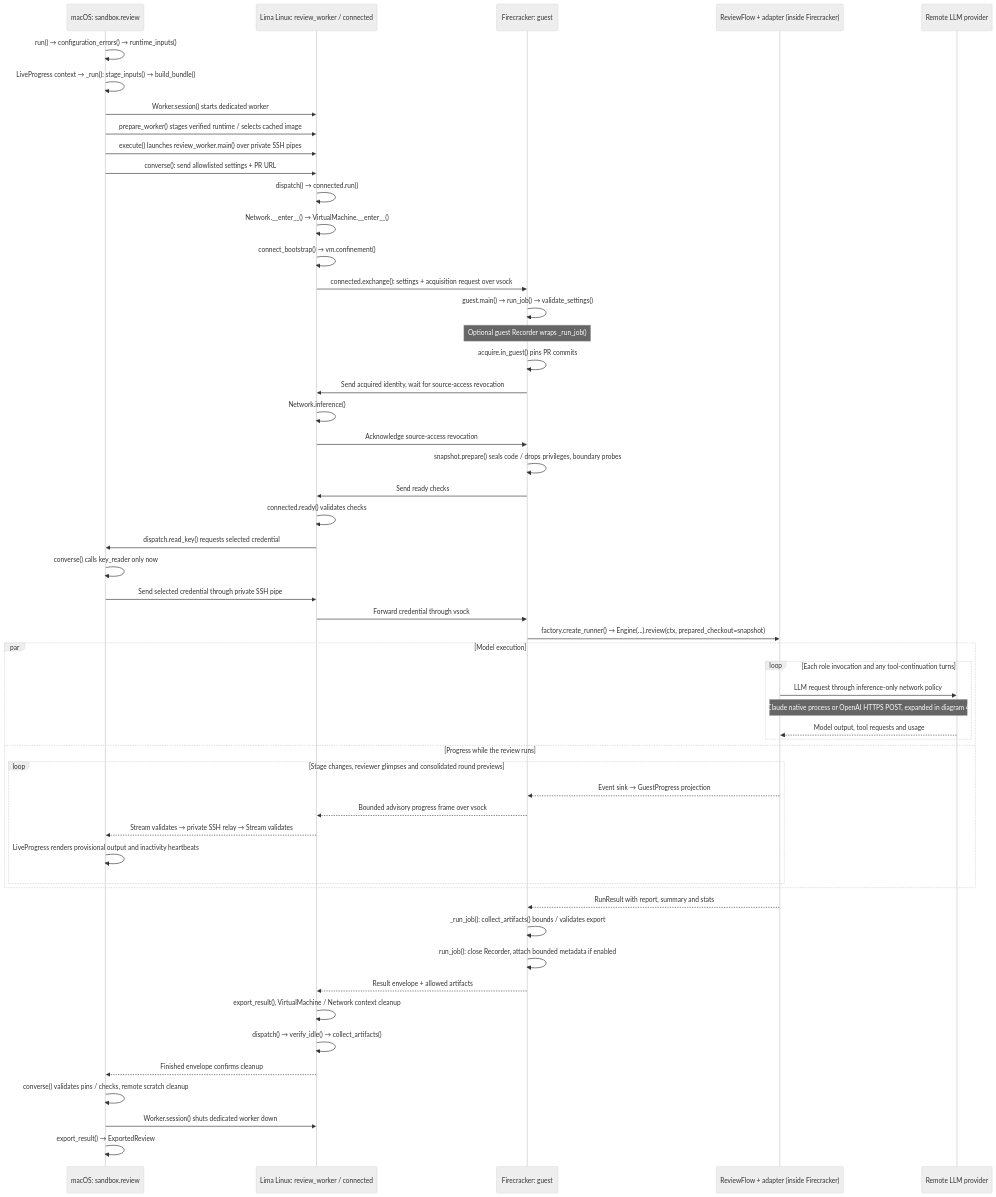
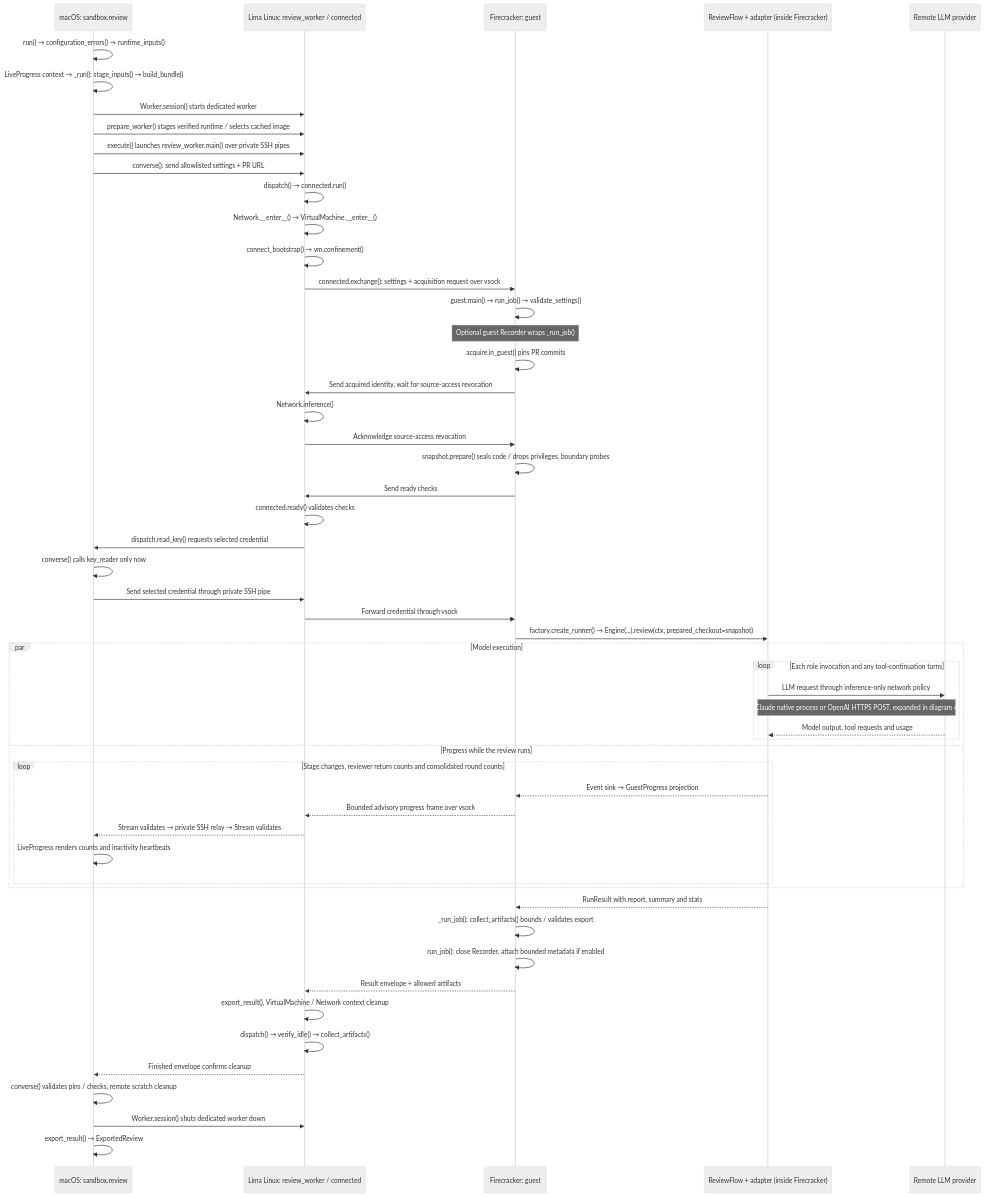
The second of 6 diagrams in docs/project-explainer.md (sskelkar/code-reviewer), drawn with Mermaid (neutral theme) before and after one commit. The commit also changed other lines of this file and 46 other files, not shown here.

````diff
--- a/docs/project-explainer.md
+++ b/docs/project-explainer.md
@@ -52,56 +52,56 @@
 ```mermaid
 sequenceDiagram
     participant CLI as macOS: sandbox.review
     participant Worker as Lima Linux: review_worker / connected
     participant VM as Firecracker: guest
     participant Core as ReviewFlow + adapter (inside Firecracker)
     participant Provider as Remote LLM provider
     CLI->>CLI: run() → configuration_errors() → runtime_inputs()
     CLI->>CLI: LiveProgress context → _run(): stage_inputs() → build_bundle()
     CLI->>Worker: Worker.session() starts dedicated worker
     CLI->>Worker: prepare_worker() stages verified runtime / selects cached image
     CLI->>Worker: execute() launches review_worker.main() over private SSH pipes
     CLI->>Worker: converse(): send allowlisted settings + PR URL
     Worker->>Worker: dispatch() → connected.run()
     Worker->>Worker: Network.__enter__() → VirtualMachine.__enter__()
     Worker->>Worker: connect_bootstrap() → vm.confinement()
     Worker->>VM: connected.exchange(): settings + acquisition request over vsock
     VM->>VM: guest.main() → run_job() → validate_settings()
     Note over VM: Optional guest Recorder wraps _run_job()
     VM->>VM: acquire.in_guest() pins PR commits
     VM->>Worker: Send acquired identity, wait for source-access revocation
     Worker->>Worker: Network.inference()
     Worker->>VM: Acknowledge source-access revocation
     VM->>VM: snapshot.prepare() seals code / drops privileges, boundary probes
     VM->>Worker: Send ready checks
     Worker->>Worker: connected.ready() validates checks
     Worker->>CLI: dispatch.read_key() requests selected credential
     CLI->>CLI: converse() calls key_reader only now
     CLI->>Worker: Send selected credential through private SSH pipe
     Worker->>VM: Forward credential through vsock
     VM->>Core: factory.create_runner() → Engine(...).review(ctx, prepared_checkout=snapshot)
     par Model execution
         loop Each role invocation and any tool-continuation turns
             Core->>Provider: LLM request through inference-only network policy
             Note over Core,Provider: Claude native process or OpenAI HTTPS POST, expanded in diagram 4
             Provider-->>Core: Model output, tool requests and usage
         end
     and Progress while the review runs
-        loop Stage changes, reviewer glimpses and consolidated round previews
+        loop Stage changes, reviewer return counts and consolidated round counts
             Core-->>VM: Event sink → GuestProgress projection
             VM-->>Worker: Bounded advisory progress frame over vsock
             Worker-->>CLI: Stream validates → private SSH relay → Stream validates
-            CLI->>CLI: LiveProgress renders provisional output and inactivity heartbeats
+            CLI->>CLI: LiveProgress renders counts and inactivity heartbeats
         end
     end
     Core-->>VM: RunResult with report, summary and stats
     VM->>VM: _run_job(): collect_artifacts() bounds / validates export
     VM->>VM: run_job(): close Recorder, attach bounded metadata if enabled
     VM-->>Worker: Result envelope + allowed artifacts
     Worker->>Worker: export_result(), VirtualMachine / Network context cleanup
     Worker->>Worker: dispatch() → verify_idle() → collect_artifacts()
     Worker-->>CLI: Finished envelope confirms cleanup
     CLI->>CLI: converse() validates pins / checks, remote scratch cleanup
     CLI->>Worker: Worker.session() shuts dedicated worker down
     CLI->>CLI: export_result() → ExportedReview
 ```
````
